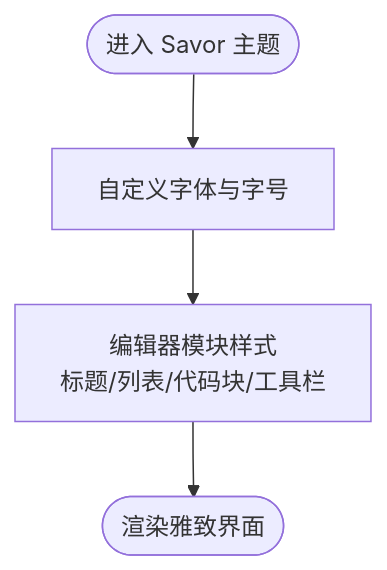
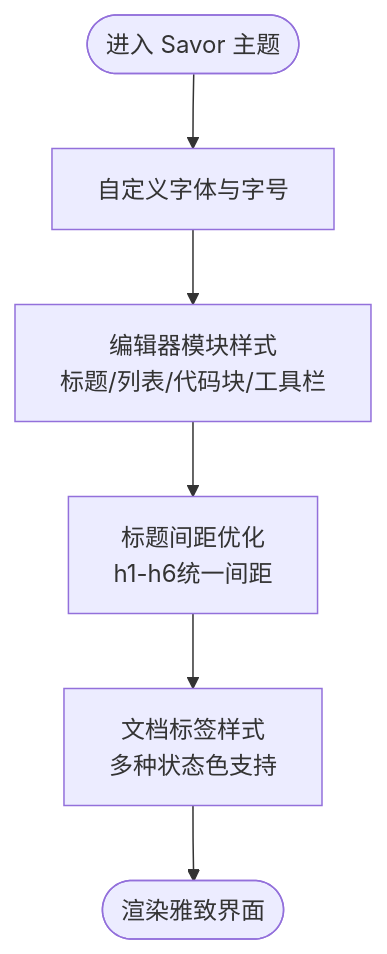
The sixth of 8 diagrams in .qoder/repowiki/zh/content/核心功能/主题系统/自定义主题开发/主题定制实例.md (terwer/siyuan-plugin-blog), drawn with Mermaid before and after one commit. The commit also changed other lines of this file and 407 other files, not shown here.

````diff
--- a/.qoder/repowiki/zh/content/核心功能/主题系统/自定义主题开发/主题定制实例.md
+++ b/.qoder/repowiki/zh/content/核心功能/主题系统/自定义主题开发/主题定制实例.md
@@ -232,6 +308,8 @@
 ```mermaid
 flowchart TD
 Start(["进入 Savor 主题"]) --> Font["自定义字体与字号"]
 Font --> Editor["编辑器模块样式<br/>标题/列表/代码块/工具栏"]
-Editor --> Render(["渲染雅致界面"])
+Editor --> Headings["标题间距优化<br/>h1-h6统一间距"]
+Headings --> Chips["文档标签样式<br/>多种状态色支持"]
+Chips --> Render(["渲染雅致界面"])
 ```
````
